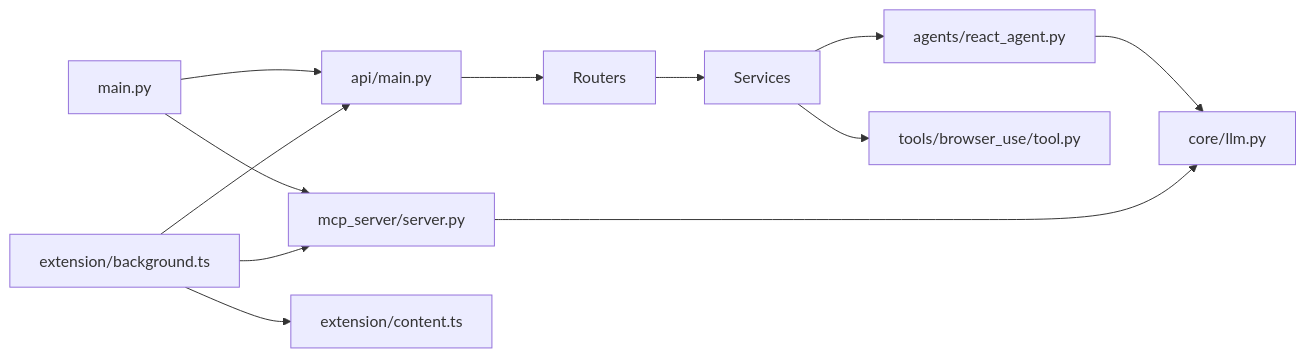
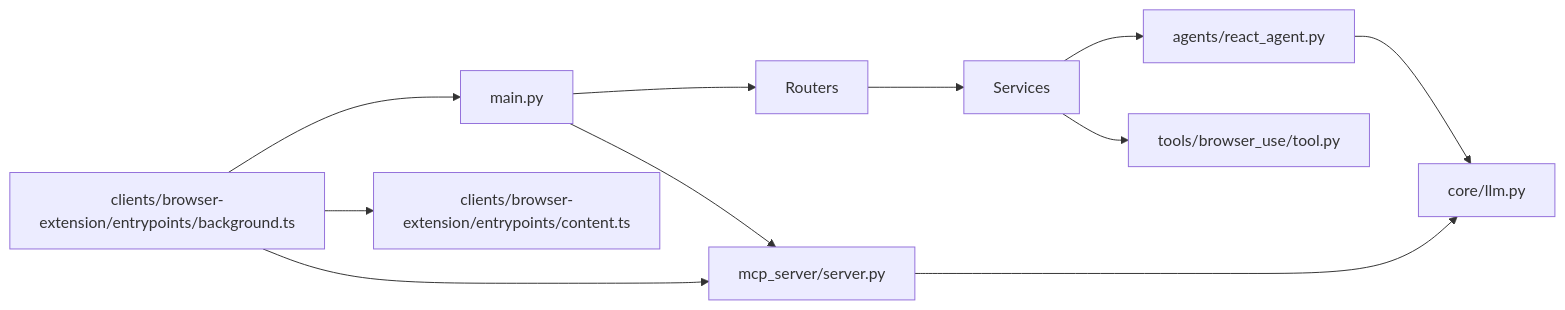
Before and after one commit to tashifkhan/tashif.codes: the ninth of 9 diagrams in src/data/docs/agentic-browser/System Architecture/System Architecture.md, drawn with Mermaid. The commit also changed other lines of this file and 2128 other files, not shown here.

First line of the commit message:
docs: replace raster diagram images with native Mermaid across project guides

````diff
--- a/src/data/docs/agentic-browser/System Architecture/System Architecture.md
+++ b/src/data/docs/agentic-browser/System Architecture/System Architecture.md
@@ -230,14 +223,13 @@
 ```mermaid
 graph LR
 MAIN["main.py"] --> MCP["mcp_server/server.py"]
-MAIN --> API["api/main.py"]
-API --> ROUTERS["Routers"]
+MAIN --> ROUTERS["Routers"]
 ROUTERS --> SRV["Services"]
 SRV --> AG["agents/react_agent.py"]
 SRV --> TOOL["tools/browser_use/tool.py"]
 AG --> LLM["core/llm.py"]
 MCP --> LLM
-BG["extension/background.ts"] --> MCP
-BG --> API
-BG --> CT["extension/content.ts"]
+BG["clients/browser-extension/entrypoints/background.ts"] --> MCP
+BG --> MAIN
+BG --> CT["clients/browser-extension/entrypoints/content.ts"]
 ```
````
